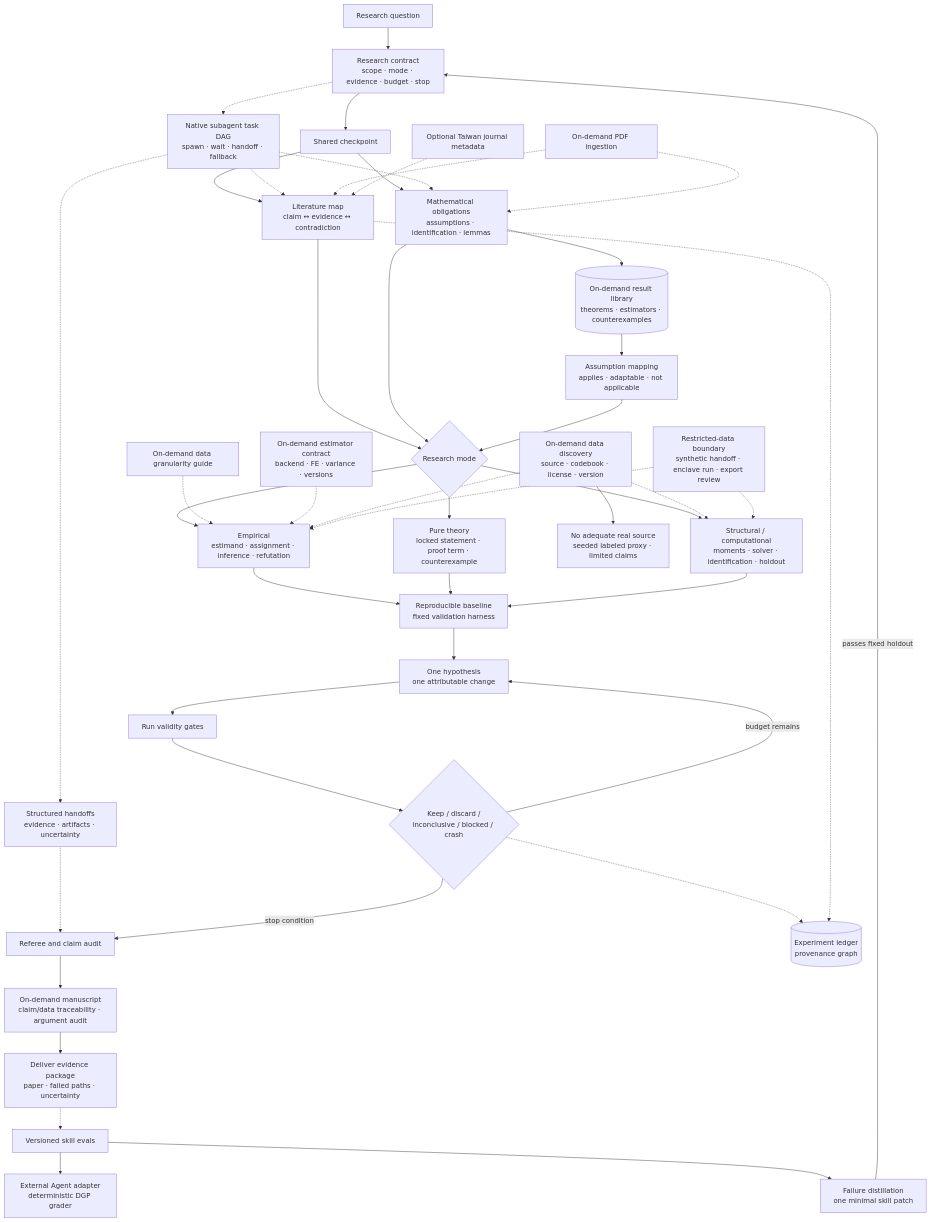
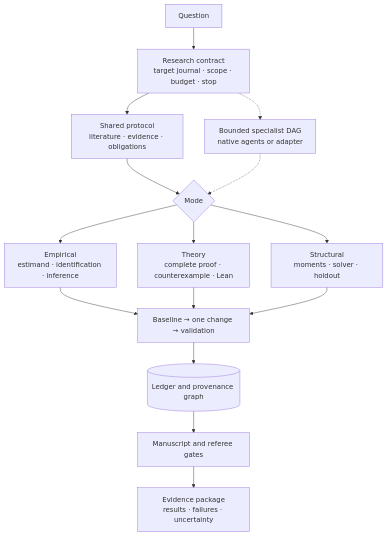
Before and after one commit to Tohskcid/econ-research-lab: the diagram in README.md, drawn with Mermaid. The commit also changed other lines of this file and 11 other files, not shown here.

Commit message:
refactor: slim and rebrand research skill

````diff
--- a/README.md
+++ b/README.md
@@ -17,50 +9,17 @@
 ```mermaid
 flowchart TD
-    Q[Research question] --> C[Research contract<br/>scope · mode · evidence · budget · stop]
-    C --> S[Shared checkpoint]
-    C -.-> O[Native subagent task DAG<br/>spawn · wait · handoff · fallback]
-    S --> L[Literature map<br/>claim ↔ evidence ↔ contradiction]
-    S --> M[Mathematical obligations<br/>assumptions · identification · lemmas]
-    O -.-> L
-    O -.-> M
-    O -.-> HO[Structured handoffs<br/>evidence · artifacts · uncertainty]
-    HO -.-> A
-    L --> R{Research mode}
-    M --> R
-    M --> LIB[(On-demand result library<br/>theorems · estimators · counterexamples)]
-    LIB --> MAP[Assumption mapping<br/>applies · adaptable · not applicable]
-    MAP --> R
-
-    R --> E[Empirical<br/>estimand · assignment · inference · refutation]
-    R --> T[Pure theory<br/>locked statement · proof term · counterexample]
-    R --> X[Structural / computational<br/>moments · solver · identification · holdout]
-
-    PDF[On-demand PDF ingestion] -.-> L
-    PDF -.-> M
-    GRAN[On-demand data granularity guide] -.-> E
-    EST[On-demand estimator contract<br/>backend · FE · variance · versions] -.-> E
-    DATA[On-demand data discovery<br/>source · codebook · license · version] -.-> E
-    DATA -.-> X
-    DATA --> PROXY[No adequate real source<br/>seeded labeled proxy · limited claims]
-    SAFE[Restricted-data boundary<br/>synthetic handoff · enclave run · export review] -.-> E
-    SAFE -.-> X
-    JR[Optional Taiwan journal metadata] -.-> L
-
-    E --> B[Reproducible baseline<br/>fixed validation harness]
-    T --> B
-    X --> B
-    B --> H[One hypothesis<br/>one attributable change]
-    H --> V[Run validity gates]
-    V --> K{Keep / discard /<br/>inconclusive / blocked / crash}
-    K -->|budget remains| H
-    K -->|stop condition| A[Referee and claim audit]
-    A --> W[On-demand manuscript<br/>claim/data traceability · argument audit]
-    W --> D[Deliver evidence package<br/>paper · failed paths · uncertainty]
-
-    K -.-> P[(Experiment ledger<br/>provenance graph)]
-    L -.-> P
-    D -.-> EV[Versioned skill evals]
-    EV --> DGP[External Agent adapter<br/>deterministic DGP grader]
-    EV --> SE[Failure distillation<br/>one minimal skill patch]
-    SE -->|passes fixed holdout| C
+    Q[Question] --> C[Research contract<br/>target journal · scope · budget · stop]
+    C --> S[Shared protocol<br/>literature · evidence · obligations]
+    C -.-> A[Bounded specialist DAG<br/>native agents or adapter]
+    S --> R{Mode}
+    R --> E[Empirical<br/>estimand · identification · inference]
+    R --> T[Theory<br/>complete proof · counterexample · Lean]
+    R --> X[Structural<br/>moments · solver · holdout]
+    A -.-> R
+    E --> L[Baseline → one change → validation]
+    T --> L
+    X --> L
+    L --> P[(Ledger and provenance graph)]
+    P --> M[Manuscript and referee gates]
+    M --> D[Evidence package<br/>results · failures · uncertainty]
 ```
````
